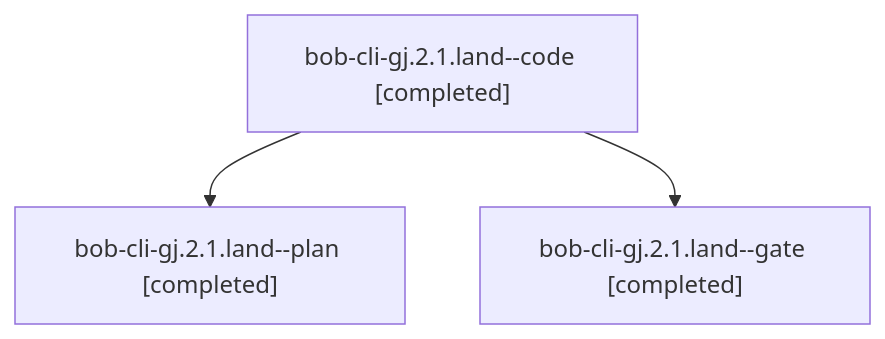
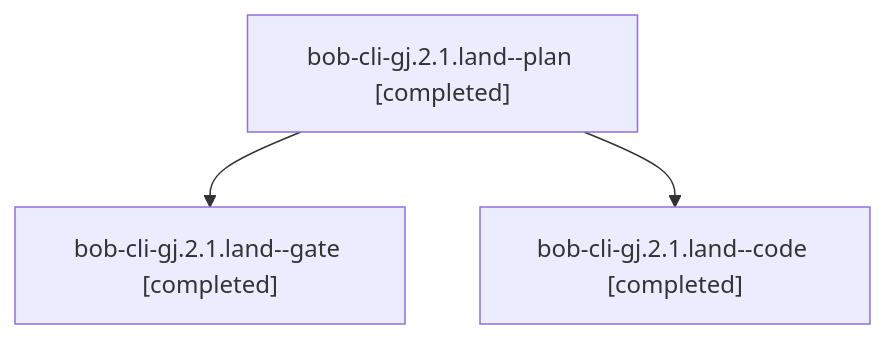
One commit to bobs-org/bob-cli--agents changed the diagram in sessions/bbugyi200.athena.bob-cli-gj.2.1.land.md. Above: the diagram before and after it, drawn with Mermaid. The commit also changed other lines of this file and 105 other files, not shown here.

````diff
--- a/sessions/bbugyi200.athena.bob-cli-gj.2.1.land.md
+++ b/sessions/bbugyi200.athena.bob-cli-gj.2.1.land.md
@@ -9,8 +9,8 @@
 ```mermaid
 flowchart TD
-  n0["bob-cli-gj.2.1.land--code [completed]"]
-  n1["bob-cli-gj.2.1.land--plan [completed]"]
+  n0["bob-cli-gj.2.1.land--plan [completed]"]
+  n1["bob-cli-gj.2.1.land--gate [completed]"]
   n0 --> n1
-  n2["bob-cli-gj.2.1.land--gate [completed]"]
+  n2["bob-cli-gj.2.1.land--code [completed]"]
   n0 --> n2
 ```
````
